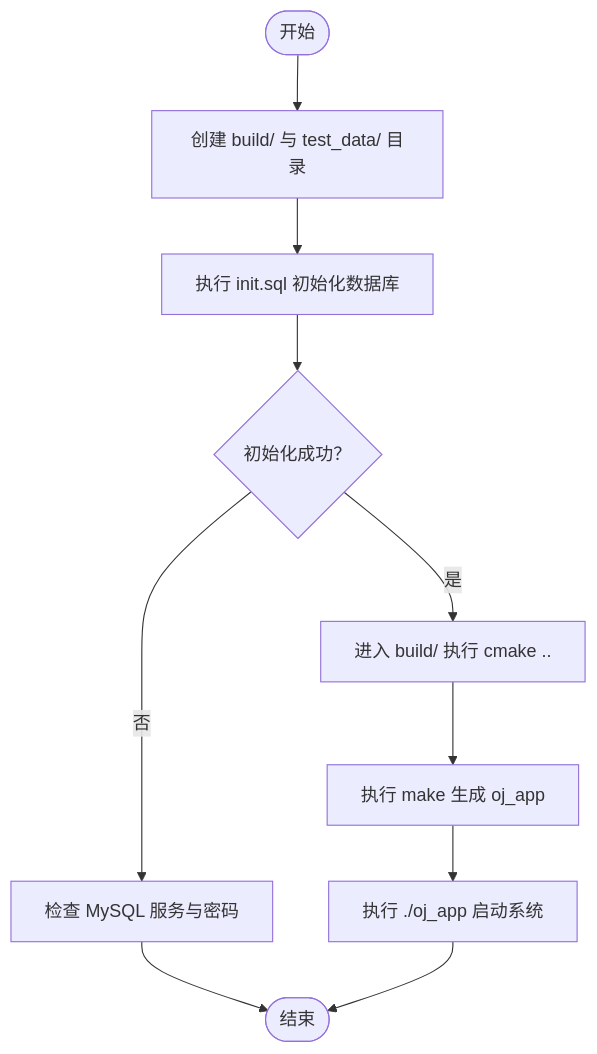
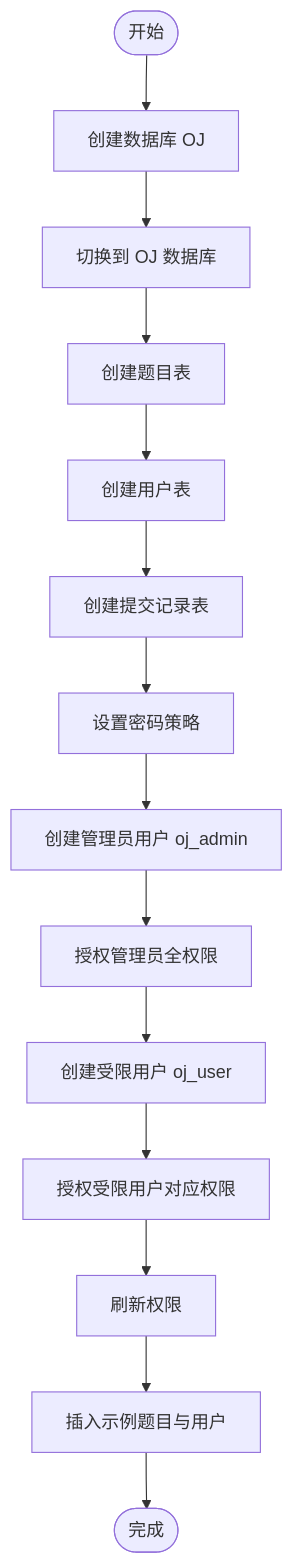
The third of 7 diagrams in .qoder/repowiki/zh/content/快速开始.md (jinpeng900/OJ-Test), drawn with Mermaid before and after one commit. The commit also changed other lines of this file and 42 other files, not shown here.

````diff
--- a/.qoder/repowiki/zh/content/快速开始.md
+++ b/.qoder/repowiki/zh/content/快速开始.md
@@ -277,12 +123,16 @@
 ```mermaid
 flowchart TD
-Start(["开始"]) --> Mkdir["创建 build/ 与 test_data/ 目录"]
-Mkdir --> InitDB["执行 init.sql 初始化数据库"]
-InitDB --> DBOK{"初始化成功？"}
-DBOK --> |否| Fail["检查 MySQL 服务与密码"]
-DBOK --> |是| Build["进入 build/ 执行 cmake .."]
-Build --> Make["执行 make 生成 oj_app"]
-Make --> Run["执行 ./oj_app 启动系统"]
-Fail --> End(["结束"])
-Run --> End
+Start(["开始"]) --> CreateDB["创建数据库 OJ"]
+CreateDB --> UseDB["切换到 OJ 数据库"]
+UseDB --> CreateTableProblems["创建题目表"]
+CreateTableProblems --> CreateUserTable["创建用户表"]
+CreateUserTable --> CreateSubmissions["创建提交记录表"]
+CreateSubmissions --> SetPolicy["设置密码策略"]
+SetPolicy --> CreateUserAdmin["创建管理员用户 oj_admin"]
+CreateUserAdmin --> GrantAdmin["授权管理员全权限"]
+GrantAdmin --> CreateUserLimited["创建受限用户 oj_user"]
+CreateUserLimited --> GrantLimited["授权受限用户对应权限"]
+GrantLimited --> Flush["刷新权限"]
+Flush --> InsertSamples["插入示例题目与用户"]
+InsertSamples --> Done(["完成"])
 ```
````
